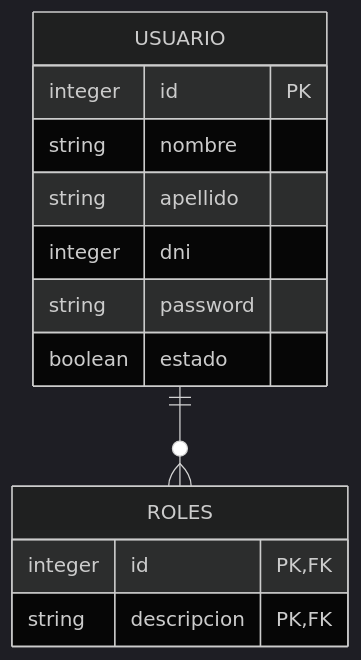
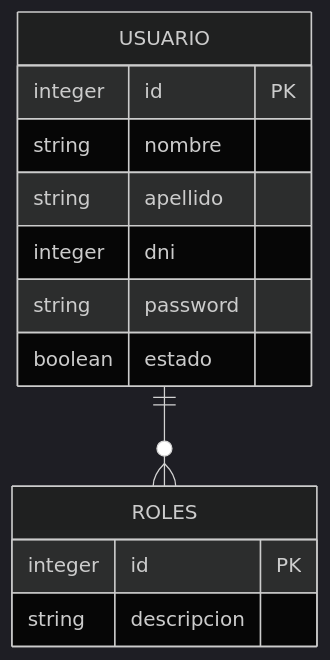
The second of 3 diagrams in docs/iteracion1/dp.md (JuanTiseira/ingenieria-de-software-2023), drawn with Mermaid (dark theme) before and after one commit. The commit also changed other lines of this file, not shown here.

Commit message:
se modificaron los diagramas

````diff
--- a/docs/iteracion1/dp.md
+++ b/docs/iteracion1/dp.md
@@ -77,16 +77,16 @@
 ```mermaid
 erDiagram
     USUARIO ||--o{ ROLES : ""
     USUARIO {
         integer id PK
         string nombre
         string apellido
         integer dni
         string password
         boolean estado
     }
     ROLES {
-        integer id PK, FK
-        string descripcion PK, FK
+        integer id PK
+        string descripcion 
     }
 ```
````
